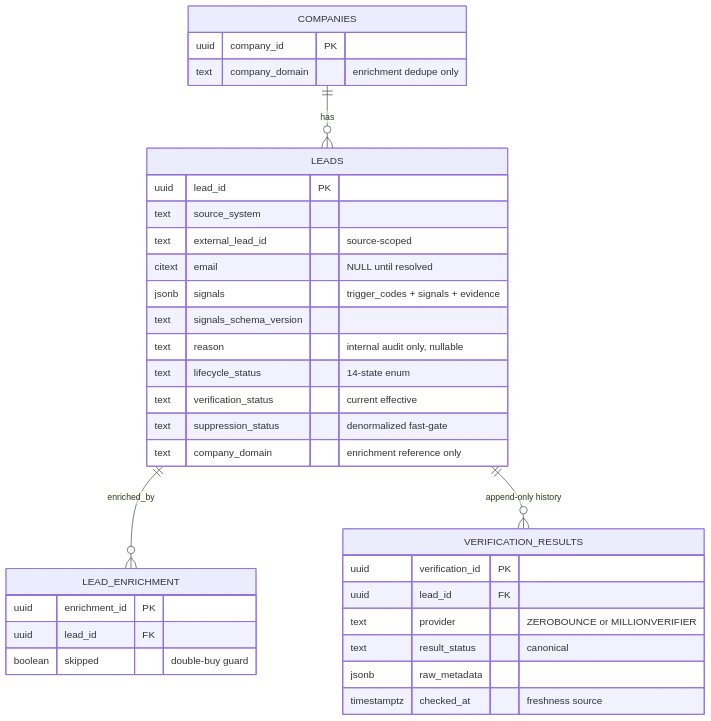
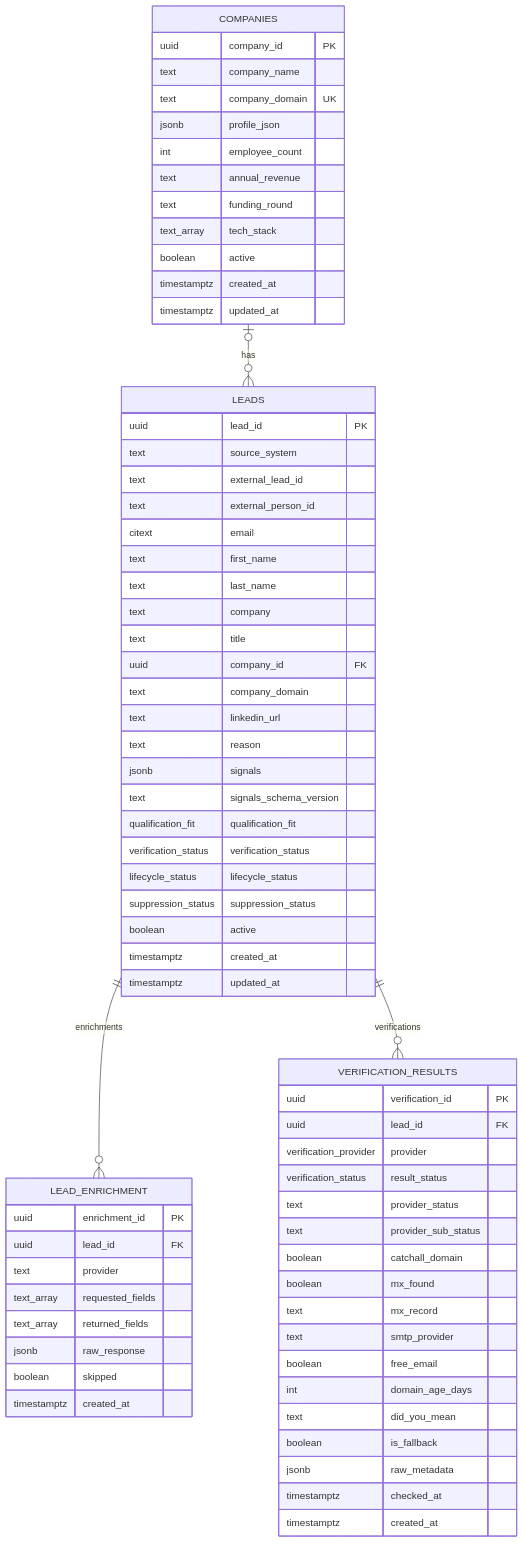
Before and after one commit to shilpaskmc-design/skmc-cold-email: the first of 7 diagrams in docs/database-schema.md, drawn with Mermaid. The commit also changed other lines of this file, not shown here.

First line of the commit message:
docs(database): complete all six Mermaid ER diagrams

````diff
--- a/docs/database-schema.md
+++ b/docs/database-schema.md
@@ -705,36 +705,72 @@
 ```mermaid
 erDiagram
-    COMPANIES ||--o{ LEADS : has
-    LEADS ||--o{ LEAD_ENRICHMENT : enriched_by
-    LEADS ||--o{ VERIFICATION_RESULTS : "append-only history"
+    COMPANIES o|--o{ LEADS : has
+    LEADS ||--o{ LEAD_ENRICHMENT : enrichments
+    LEADS ||--o{ VERIFICATION_RESULTS : verifications
+    COMPANIES {
+        uuid company_id PK
+        text company_name
+        text company_domain UK
+        jsonb profile_json
+        int employee_count
+        text annual_revenue
+        text funding_round
+        text_array tech_stack
+        boolean active
+        timestamptz created_at
+        timestamptz updated_at
+    }
     LEADS {
         uuid lead_id PK
         text source_system
-        text external_lead_id "source-scoped"
-        citext email "NULL until resolved"
-        jsonb signals "trigger_codes + signals + evidence"
+        text external_lead_id
+        text external_person_id
+        citext email
+        text first_name
+        text last_name
+        text company
+        text title
+        uuid company_id FK
+        text company_domain
+        text linkedin_url
+        text reason
+        jsonb signals
         text signals_schema_version
-        text reason "internal audit only, nullable"
-        text lifecycle_status "14-state enum"
-        text verification_status "current effective"
-        text suppression_status "denormalized fast-gate"
-        text company_domain "enrichment reference only"
-    }
-    COMPANIES {
-        uuid company_id PK
-        text company_domain "enrichment dedupe only"
+        qualification_fit qualification_fit
+        verification_status verification_status
+        lifecycle_status lifecycle_status
+        suppression_status suppression_status
+        boolean active
+        timestamptz created_at
+        timestamptz updated_at
     }
     LEAD_ENRICHMENT {
         uuid enrichment_id PK
         uuid lead_id FK
-        boolean skipped "double-buy guard"
+        text provider
+        text_array requested_fields
+        text_array returned_fields
+        jsonb raw_response
+        boolean skipped
+        timestamptz created_at
     }
     VERIFICATION_RESULTS {
         uuid verification_id PK
         uuid lead_id FK
-        text provider "ZEROBOUNCE or MILLIONVERIFIER"
-        text result_status "canonical"
+        verification_provider provider
+        verification_status result_status
+        text provider_status
+        text provider_sub_status
+        boolean catchall_domain
+        boolean mx_found
+        text mx_record
+        text smtp_provider
+        boolean free_email
+        int domain_age_days
+        text did_you_mean
+        boolean is_fallback
         jsonb raw_metadata
-        timestamptz checked_at "freshness source"
+        timestamptz checked_at
+        timestamptz created_at
     }
 ```
````
